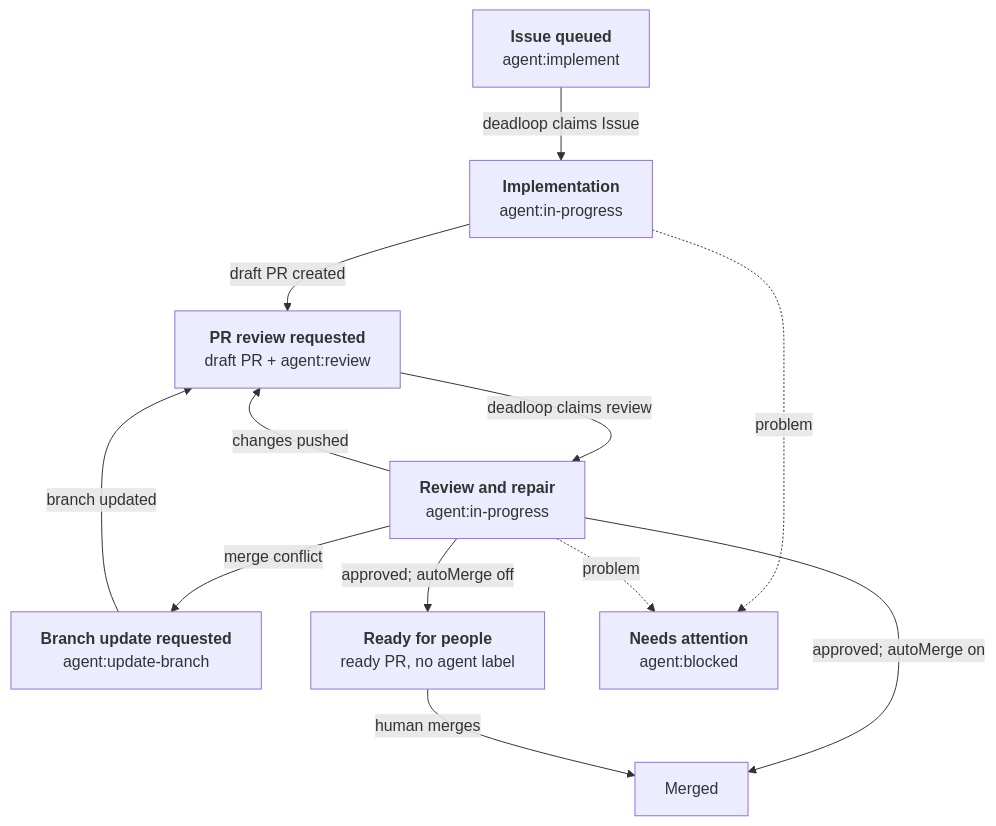
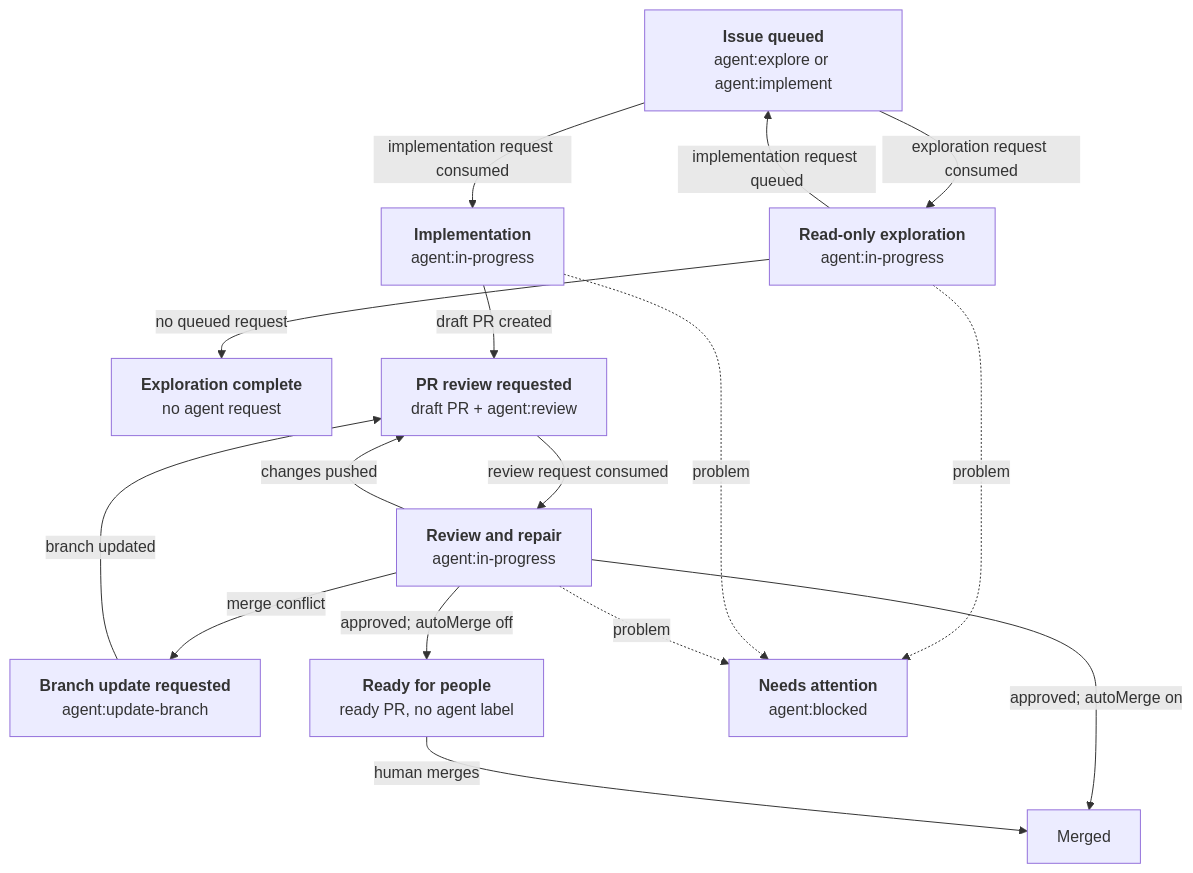
One commit to yasuhito/deadloop changed the diagram in README.md. Above: the diagram before and after it, drawn with Mermaid. The commit also changed other lines of this file and 28 other files, not shown here.

First line of the commit message:
Process Issue explore and implement requests with Sandcastle claims (#331)

````diff
--- a/README.md
+++ b/README.md
@@ -55,30 +55,38 @@
 ```mermaid
 flowchart TD
     I["`**Issue queued**
-    agent:implement`"]
+    agent:explore or agent:implement`"]
+    E["`**Read-only exploration**
+    agent:in-progress`"]
+    X["`**Exploration complete**
+    no agent request`"]
     W["`**Implementation**
     agent:in-progress`"]
     R["`**PR review requested**
     draft PR + agent:review`"]
     V["`**Review and repair**
     agent:in-progress`"]
     U["`**Branch update requested**
     agent:update-branch`"]
     H["`**Ready for people**
     ready PR, no agent label`"]
     M["Merged"]
     B["`**Needs attention**
     agent:blocked`"]
 
-    I -->|deadloop claims Issue| W
+    I -->|exploration request consumed| E
+    E -->|implementation request queued| I
+    E -->|no queued request| X
+    E -. problem .-> B
+    I -->|implementation request consumed| W
     W -->|draft PR created| R
-    R -->|deadloop claims review| V
+    R -->|review request consumed| V
     V -->|changes pushed| R
     V -->|merge conflict| U
     U -->|branch updated| R
     V -->|approved; autoMerge off| H
     V -->|approved; autoMerge on| M
     H -->|human merges| M
     W -. problem .-> B
     V -. problem .-> B
 ```
````
